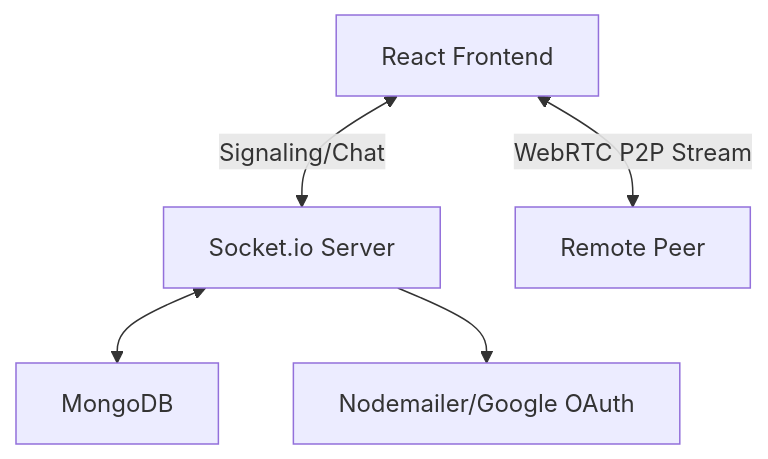
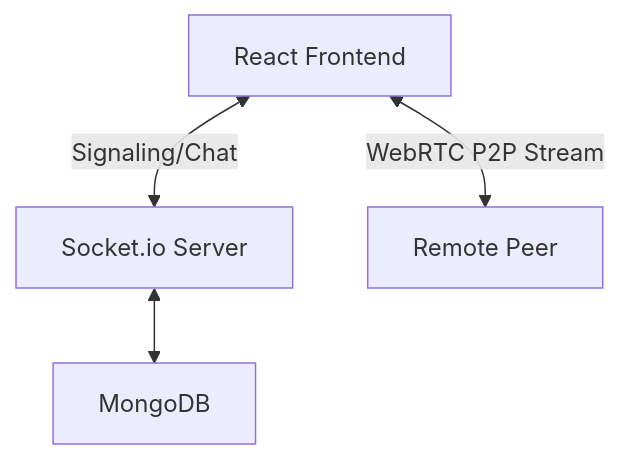
One commit to Saksham-Xtreme/LinkUp changed the diagram in README.md. Above: the diagram before and after it, drawn with Mermaid. The commit also changed other lines of this file, not shown here.

````diff
--- a/README.md
+++ b/README.md
@@ -38,8 +38,8 @@
 ```mermaid
 graph TD
     A[React Frontend] <-->|Signaling/Chat| B[Socket.io Server]
     B <--> C[MongoDB]
     A <-->|WebRTC P2P Stream| D[Remote Peer]
-    B --> E[Nodemailer/Google OAuth]
+    
 
 ```
````
